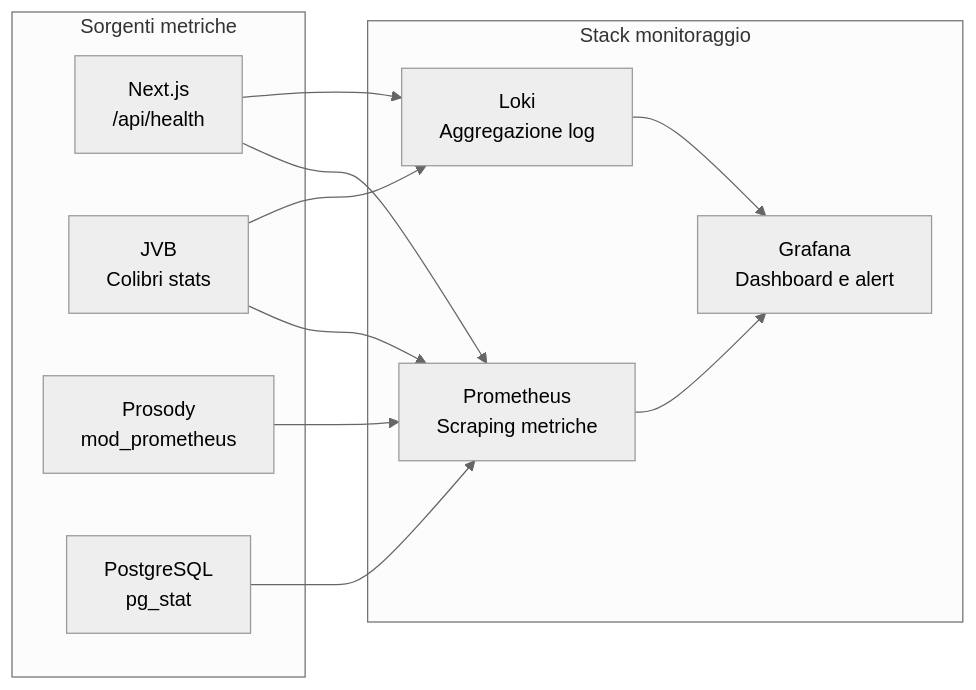
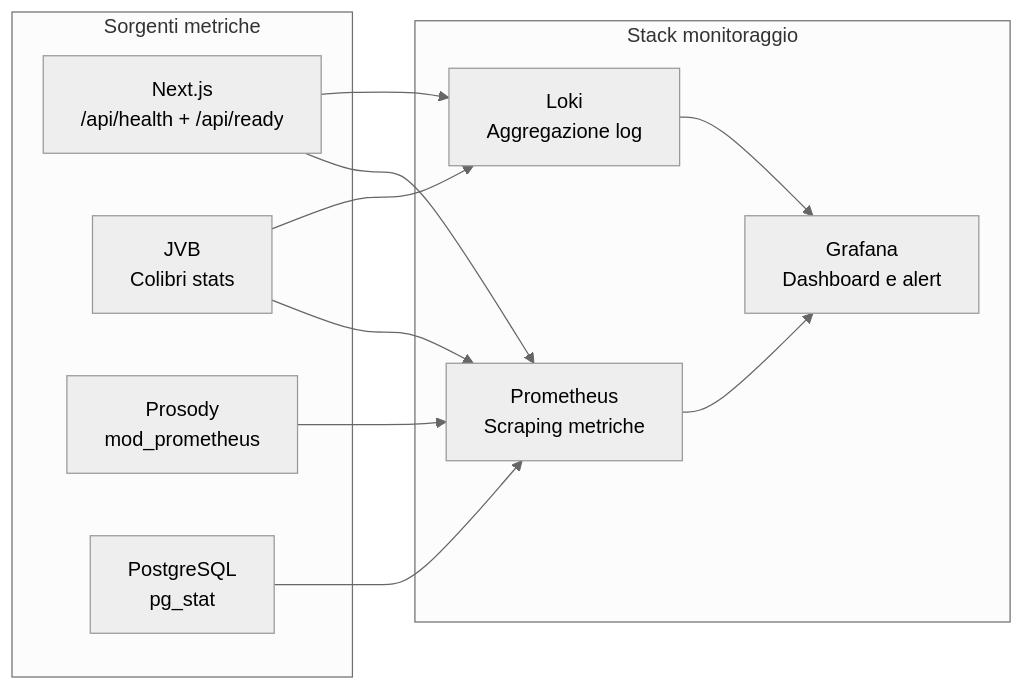
One commit to italia/pa-webinar changed diagram 15 of 15 in docs/ARCHITECTURE.md. Above: the diagram before and after it, drawn with Mermaid (neutral theme). The commit also changed other lines of this file and 2 other files, not shown here.

First line of the commit message:
docs: add TURN/STUN networking, health probes, and troubleshooting

````diff
--- a/docs/ARCHITECTURE.md
+++ b/docs/ARCHITECTURE.md
@@ -765,26 +775,26 @@
 ```mermaid
 graph LR
     subgraph "Sorgenti metriche"
-        APP["Next.js<br/>/api/health"]
+        APP["Next.js<br/>/api/health + /api/ready"]
         JVB_M["JVB<br/>Colibri stats"]
         PROSODY_M["Prosody<br/>mod_prometheus"]
         PG["PostgreSQL<br/>pg_stat"]
     end
 
     subgraph "Stack monitoraggio"
         PROM["Prometheus<br/>Scraping metriche"]
         LOKI["Loki<br/>Aggregazione log"]
         GRAF["Grafana<br/>Dashboard e alert"]
     end
 
     APP --> PROM
     JVB_M --> PROM
     PROSODY_M --> PROM
     PG --> PROM
 
     APP --> LOKI
     JVB_M --> LOKI
 
     PROM --> GRAF
     LOKI --> GRAF
 ```
````
